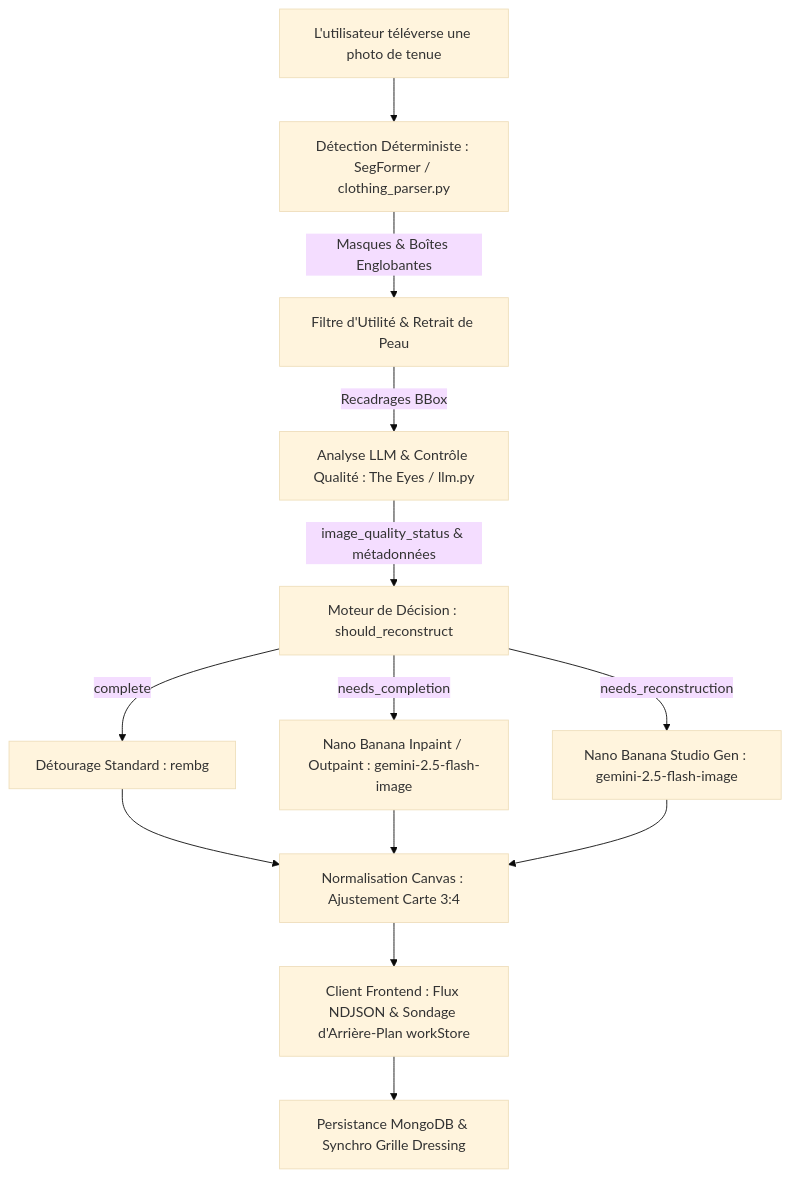
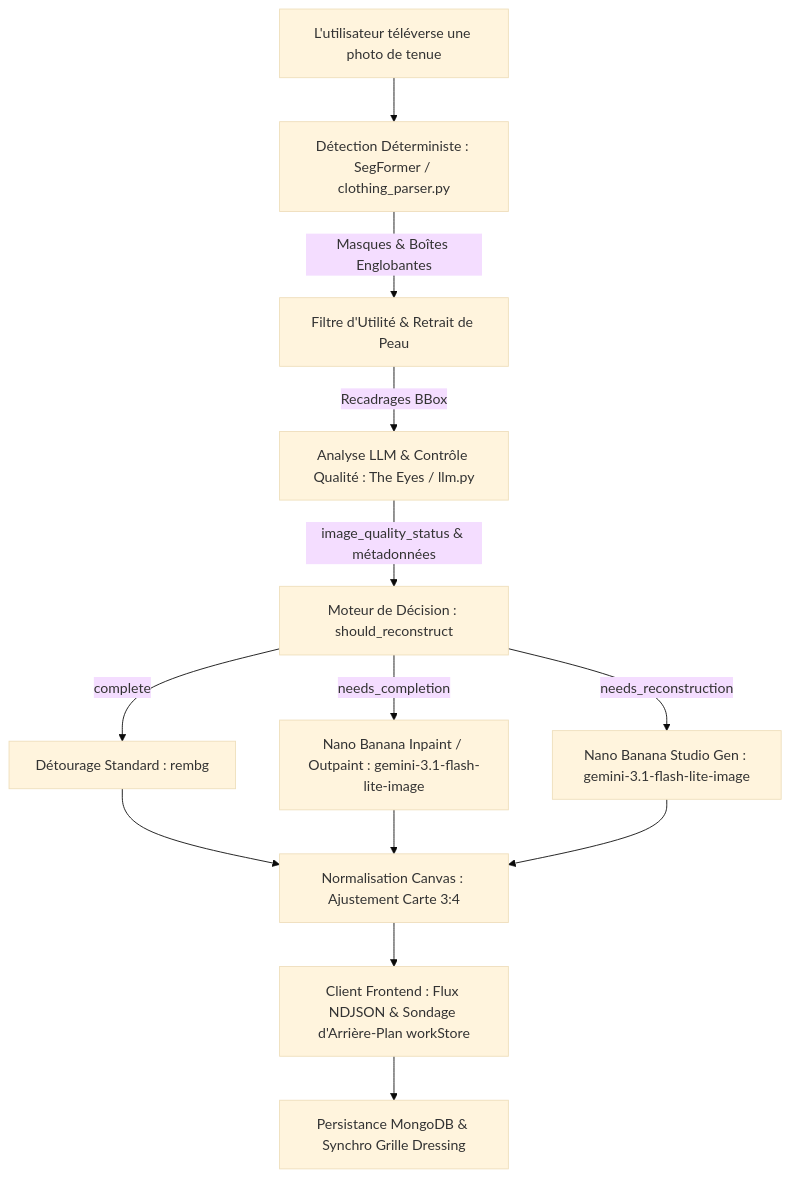
One commit to Yoram-Jacobs/DressAppV1 changed the diagram in apps/web/public/wiki/fr/garmentvision.md. Above: the diagram before and after it, drawn with Mermaid (base theme). The commit also changed other lines of this file and 66 other files, not shown here.

````diff
--- a/apps/web/public/wiki/fr/garmentvision.md
+++ b/apps/web/public/wiki/fr/garmentvision.md
@@ -18,17 +18,17 @@
 ```mermaid
 graph TD
     A[L'utilisateur téléverse une photo de tenue] --> B[Détection Déterministe : SegFormer / clothing_parser.py]
     B -->|Masques & Boîtes Englobantes| C[Filtre d'Utilité & Retrait de Peau]
     C -->|Recadrages BBox| D[Analyse LLM & Contrôle Qualité : The Eyes / llm.py]
     D -->|image_quality_status & métadonnées| E[Moteur de Décision : should_reconstruct]
     
     E -->|complete| F[Détourage Standard : rembg]
-    E -->|needs_completion| G[Nano Banana Inpaint / Outpaint : gemini-2.5-flash-image]
-    E -->|needs_reconstruction| H[Nano Banana Studio Gen : gemini-2.5-flash-image]
+    E -->|needs_completion| G[Nano Banana Inpaint / Outpaint : gemini-3.1-flash-lite-image]
+    E -->|needs_reconstruction| H[Nano Banana Studio Gen : gemini-3.1-flash-lite-image]
     
     F --> I[Normalisation Canvas : Ajustement Carte 3:4]
     G --> I
     H --> I
     I --> J[Client Frontend : Flux NDJSON & Sondage d'Arrière-Plan workStore]
     J --> K[Persistance MongoDB & Synchro Grille Dressing]
 ```
````
